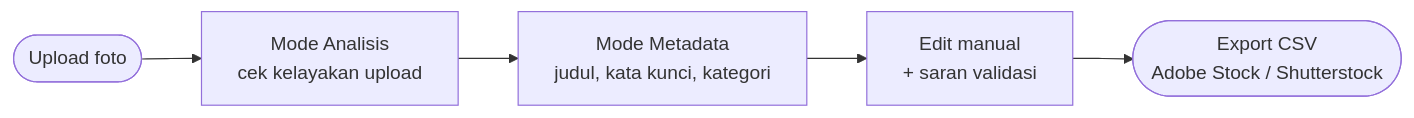
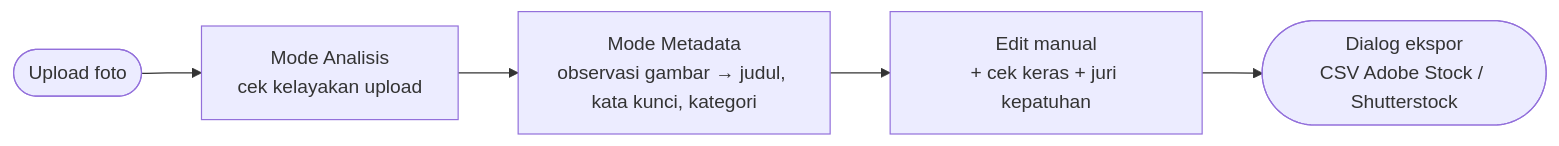
One commit to akndrn000/stockmeta changed the diagram in README.md. Above: the diagram before and after it, drawn with Mermaid. The commit also changed other lines of this file and 4 other files, not shown here.

Commit message:
docs: README alur-juri-CSV + AUDIT tindak lanjut + live-test pipeline-judge-fixture

````diff
--- a/README.md
+++ b/README.md
@@ -42,7 +42,7 @@
 ```mermaid
 flowchart LR
     A([Upload foto]) --> B[Mode Analisis<br/>cek kelayakan upload]
-    B --> C[Mode Metadata<br/>judul, kata kunci, kategori]
-    C --> D[Edit manual<br/>+ saran validasi]
-    D --> E([Export CSV<br/>Adobe Stock / Shutterstock])
+    B --> C[Mode Metadata<br/>observasi gambar → judul, kata kunci, kategori]
+    C --> D[Edit manual<br/>+ cek keras + juri kepatuhan]
+    D --> E([Dialog ekspor<br/>CSV Adobe Stock / Shutterstock])
 ```
````
